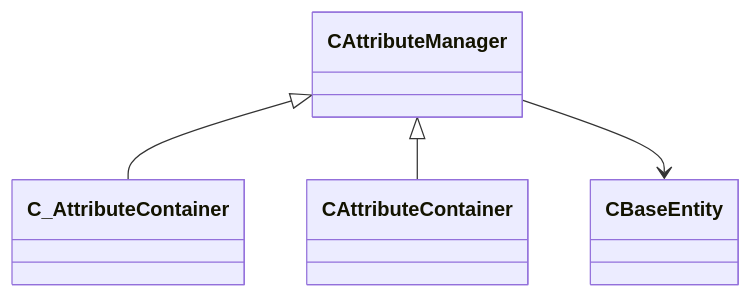
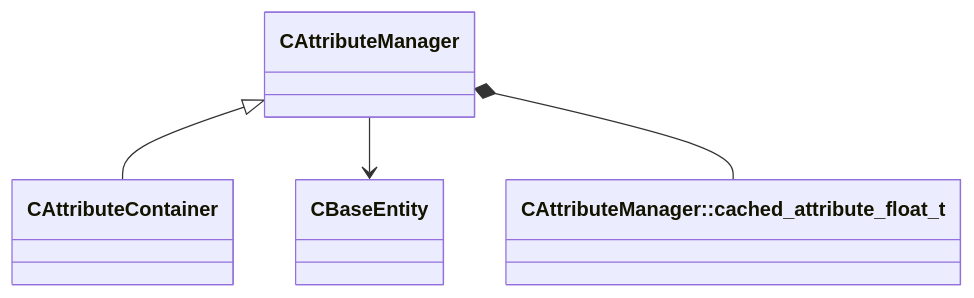
Before and after one commit to CS2OpenDev/CS2OpenDev-Docs: the diagram in docs/generated/schemas/server/CAttributeManager.md, drawn with Mermaid. The commit also changed other lines of this file and 4525 other files, not shown here.

````diff
--- a/docs/generated/schemas/server/CAttributeManager.md
+++ b/docs/generated/schemas/server/CAttributeManager.md
@@ -17,6 +21,6 @@
 ```mermaid
 classDiagram
-    CAttributeManager <|-- C_AttributeContainer
     CAttributeManager <|-- CAttributeContainer
     CAttributeManager --> CBaseEntity
+    CAttributeManager *-- `CAttributeManager::cached_attribute_float_t`
 ```
````
